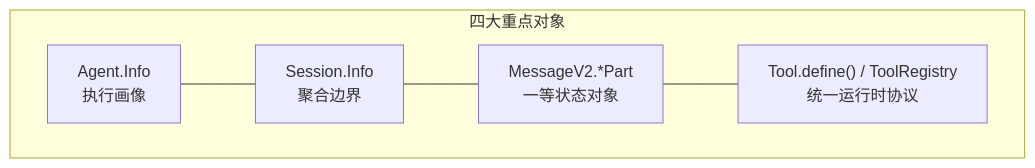
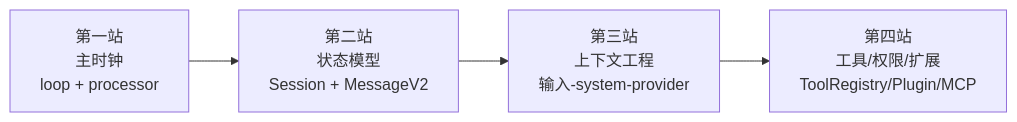
Before and after one commit to feuyeux/agent-study: the third of 4 diagrams in opencode_kickoff/00-opencode_ko.md, drawn with Mermaid. The commit also changed other lines of this file and 21 other files, not shown here.

````diff
--- a/opencode_kickoff/00-opencode_ko.md
+++ b/opencode_kickoff/00-opencode_ko.md
@@ -51,13 +229,9 @@
 ```mermaid
-graph TB
-    subgraph 四大重点对象
-        B1["Agent.Info<br/>执行画像"]
-        B2["Session.Info<br/>聚合边界"]
-        B3["MessageV2.*Part<br/>一等状态对象"]
-        B4["Tool.define() / ToolRegistry<br/>统一运行时协议"]
-    end
+flowchart LR
+    S1["第一站<br/>主时钟<br/>loop + processor"]
+    S2["第二站<br/>状态模型<br/>Session + MessageV2"]
+    S3["第三站<br/>上下文工程<br/>输入-system-provider"]
+    S4["第四站<br/>工具/权限/扩展<br/>ToolRegistry/Plugin/MCP"]
 
-    B1 --- B2
-    B2 --- B3
-    B3 --- B4
+    S1 --> S2 --> S3 --> S4
 ```
````
